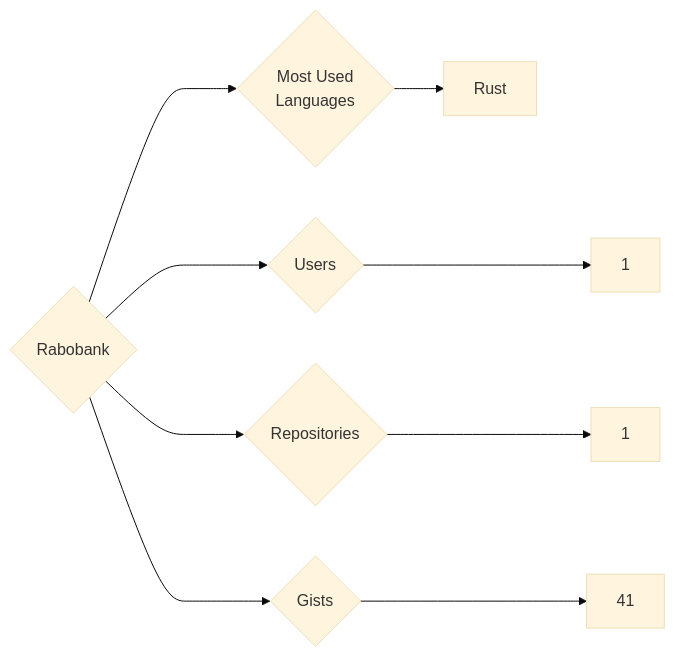
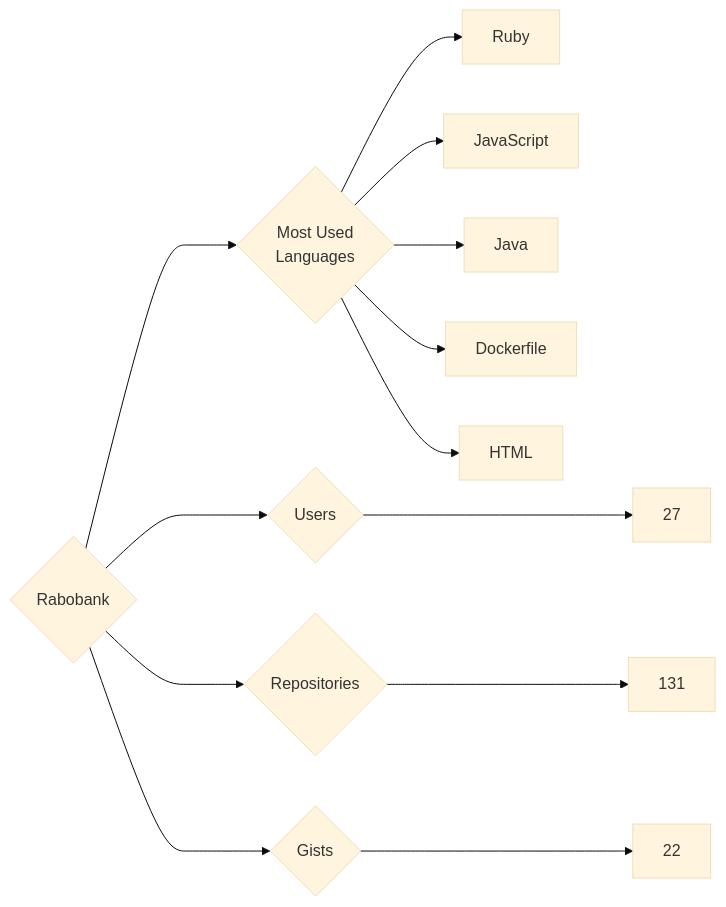
The diagram in targets/Rabobank/README.md (trickest/insiders), drawn with Mermaid (base theme) before and after one commit. The commit also changed 796 other files, not shown here.

````diff
--- a/targets/Rabobank/README.md
+++ b/targets/Rabobank/README.md
@@ -3,9 +3,13 @@
 ```mermaid
 graph LR
 COMPANY_NAME{Rabobank}
-COMPANY_NAME ---> U{Users} ---> UN[1]
-COMPANY_NAME ---> R{Repositories} ---> RN[1]
-COMPANY_NAME ---> G{Gists} ---> GN[41]
+COMPANY_NAME ---> U{Users} ---> UN[27]
+COMPANY_NAME ---> R{Repositories} ---> RN[131]
+COMPANY_NAME ---> G{Gists} ---> GN[22]
 COMPANY_NAME ---> ML{Most Used<br>Languages}
-ML --> Rust[Rust]
+ML --> Ruby[Ruby]
+ML --> JavaScript[JavaScript]
+ML --> Java[Java]
+ML --> Dockerfile[Dockerfile]
+ML --> HTML[HTML]
 ```
````
